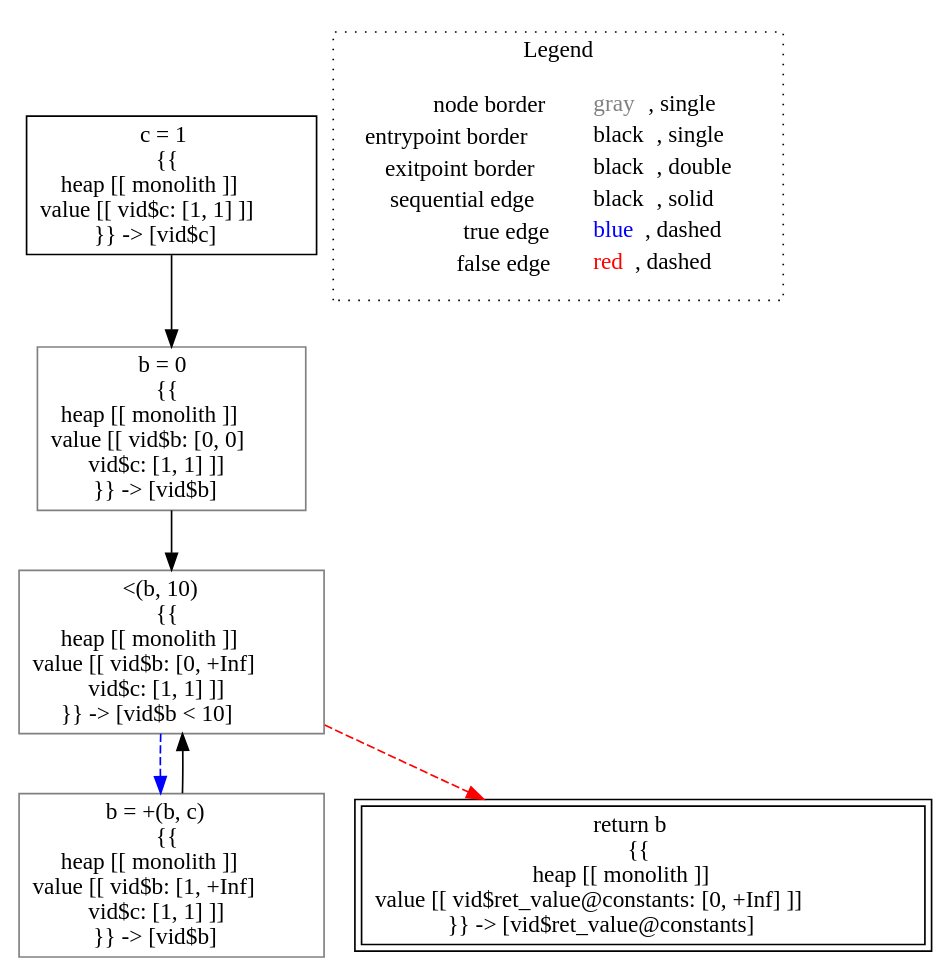
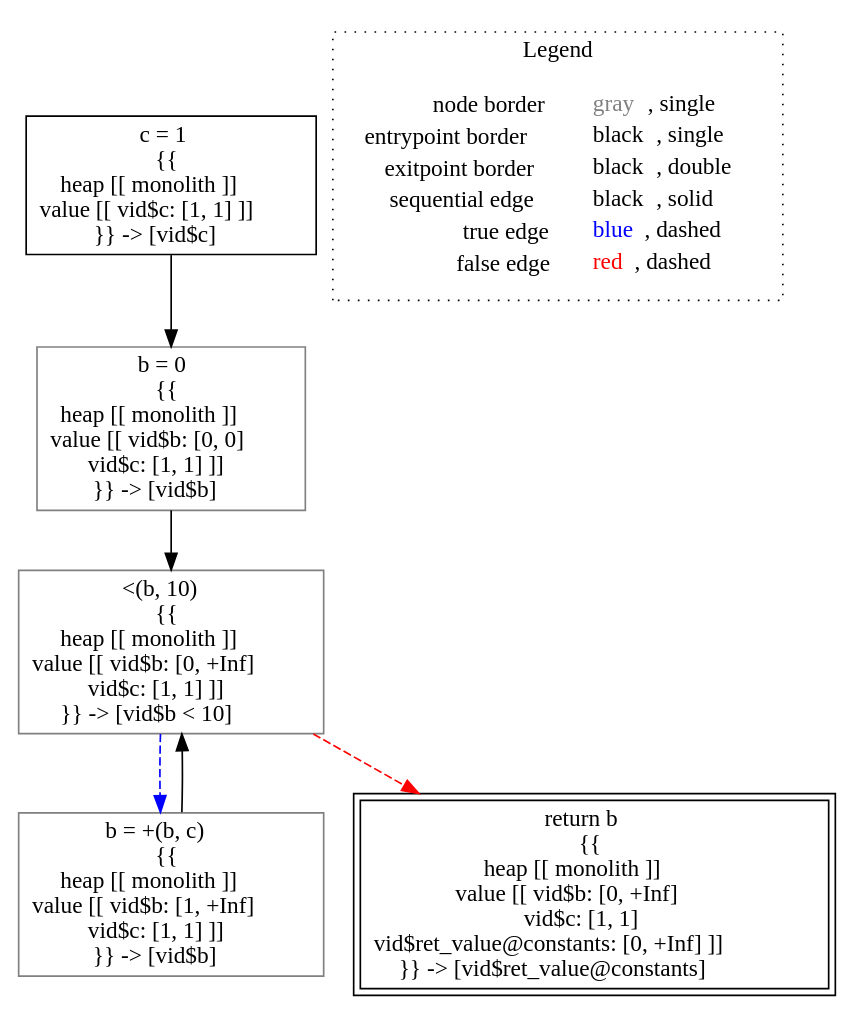
One commit to lisa-analyzer/lisa changed the diagram in lisa/imp-testcases/interval/analysis___untyped_tutorial.constants().dot. Above: the diagram before and after it, drawn with Graphviz. The commit also changed 30 other files, not shown here.

```diff
--- a/lisa/imp-testcases/interval/analysis___untyped_tutorial.constants().dot
+++ b/lisa/imp-testcases/interval/analysis___untyped_tutorial.constants().dot
@@ -1,19 +1,19 @@
 digraph {
 	"node0" [shape="rect",color="black",label=<c = 1<BR/>{{<BR/>heap [[ monolith ]]<BR/>value [[ vid$c: [1, 1] ]]<BR/>}} -&gt; [vid$c]>];
-	"node1" [shape="rect",color="black",peripheries="2",label=<return b<BR/>{{<BR/>heap [[ monolith ]]<BR/>value [[ vid$ret_value@constants: [0, +Inf] ]]<BR/>}} -&gt; [vid$ret_value@constants]>];
-	"node2" [shape="rect",color="gray",label=<b = +(b, c)<BR/>{{<BR/>heap [[ monolith ]]<BR/>value [[ vid$b: [1, +Inf]<BR/>vid$c: [1, 1] ]]<BR/>}} -&gt; [vid$b]>];
-	"node3" [shape="rect",color="gray",label=<&lt;(b, 10)<BR/>{{<BR/>heap [[ monolith ]]<BR/>value [[ vid$b: [0, +Inf]<BR/>vid$c: [1, 1] ]]<BR/>}} -&gt; [vid$b &lt; 10]>];
+	"node1" [shape="rect",color="gray",label=<b = +(b, c)<BR/>{{<BR/>heap [[ monolith ]]<BR/>value [[ vid$b: [1, +Inf]<BR/>vid$c: [1, 1] ]]<BR/>}} -&gt; [vid$b]>];
+	"node2" [shape="rect",color="gray",label=<&lt;(b, 10)<BR/>{{<BR/>heap [[ monolith ]]<BR/>value [[ vid$b: [0, +Inf]<BR/>vid$c: [1, 1] ]]<BR/>}} -&gt; [vid$b &lt; 10]>];
+	"node3" [shape="rect",color="black",peripheries="2",label=<return b<BR/>{{<BR/>heap [[ monolith ]]<BR/>value [[ vid$b: [0, +Inf]<BR/>vid$c: [1, 1]<BR/>vid$ret_value@constants: [0, +Inf] ]]<BR/>}} -&gt; [vid$ret_value@constants]>];
 	"node4" [shape="rect",color="gray",label=<b = 0<BR/>{{<BR/>heap [[ monolith ]]<BR/>value [[ vid$b: [0, 0]<BR/>vid$c: [1, 1] ]]<BR/>}} -&gt; [vid$b]>];
+	"node1" -> "node2" [color="black"];
 	"node0" -> "node4" [color="black"];
-	"node2" -> "node3" [color="black"];
-	"node3" -> "node1" [color="red",style="dashed"];
-	"node3" -> "node2" [color="blue",style="dashed"];
-	"node4" -> "node3" [color="black"];
+	"node2" -> "node1" [color="blue",style="dashed"];
+	"node2" -> "node3" [color="red",style="dashed"];
+	"node4" -> "node2" [color="black"];
 subgraph cluster_legend {
 	label="Legend";
 	style=dotted;
 	node [shape=plaintext];
 	"legend" [label=<<table border="0" cellpadding="2" cellspacing="0" cellborder="0"><tr><td align="right">node border&nbsp;</td><td align="left"><font color="gray">gray</font>, single</td></tr><tr><td align="right">entrypoint border&nbsp;</td><td align="left"><font color="black">black</font>, single</td></tr><tr><td align="right">exitpoint border&nbsp;</td><td align="left"><font color="black">black</font>, double</td></tr><tr><td align="right">sequential edge&nbsp;</td><td align="left"><font color="black">black</font>, solid</td></tr><tr><td align="right">true edge&nbsp;</td><td align="left"><font color="blue">blue</font>, dashed</td></tr><tr><td align="right">false edge&nbsp;</td><td align="left"><font color="red">red</font>, dashed</td></tr></table>>];
 }
 
 }
```
